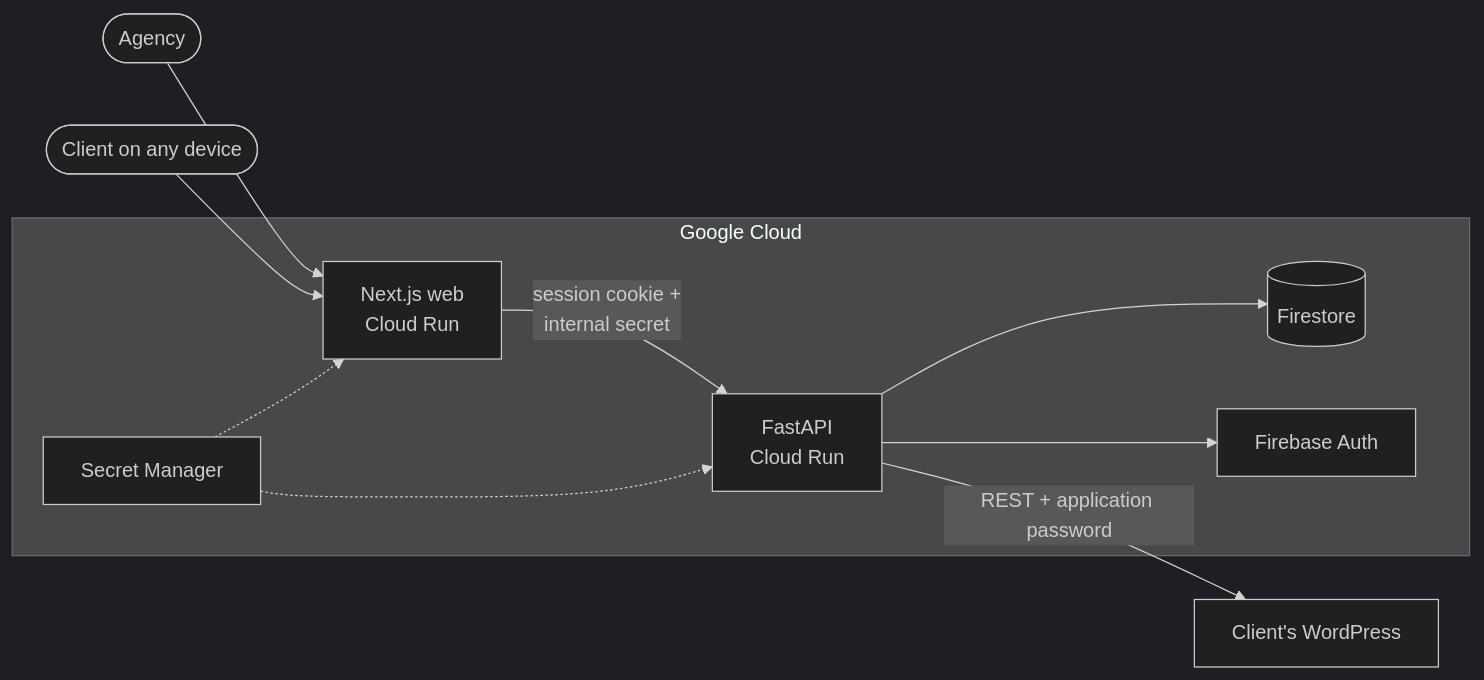
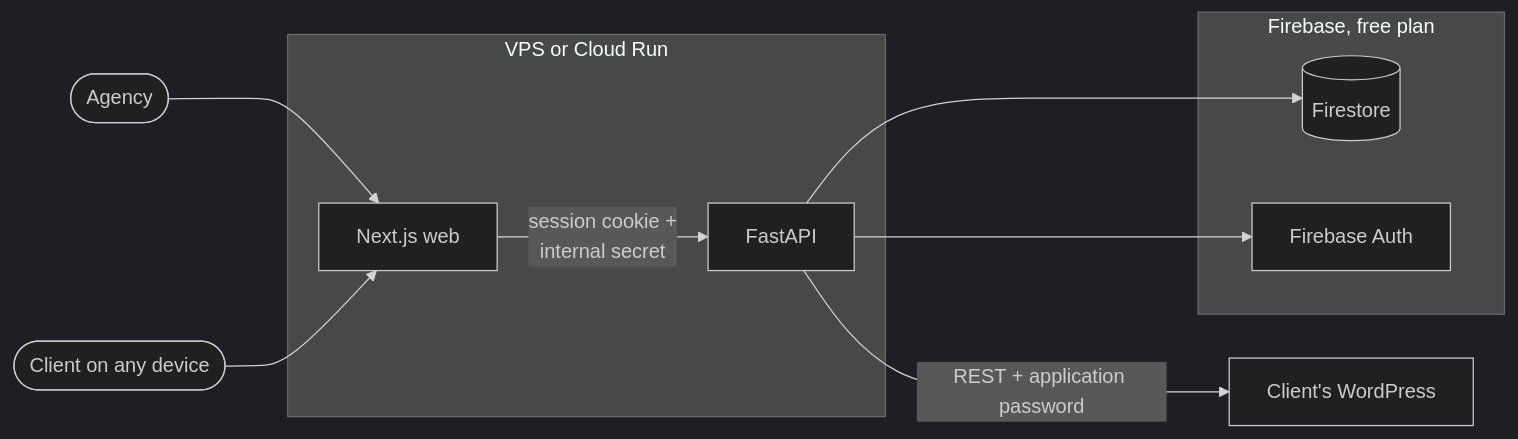
The second of 2 diagrams in README.md (ifindev/content-importer-adaptify), drawn with Mermaid (dark theme) before and after one commit. The commit also changed other lines of this file, not shown here.

First line of the commit message:
docs(readme): describe GCP and VPS deploys and the billing issue

````diff
--- a/README.md
+++ b/README.md
@@ -153,13 +154,15 @@
 ```mermaid
 flowchart LR
     Agency([Agency]) --> Web
     Client([Client on any device]) --> Web
-    subgraph GCP [Google Cloud]
-        Web["Next.js web<br/>Cloud Run"] -->|session cookie +<br/>internal secret| API["FastAPI<br/>Cloud Run"]
-        API --> FS[(Firestore)]
-        API --> Auth[Firebase Auth]
-        SM[Secret Manager] -.-> API
-        SM -.-> Web
+    subgraph Host [VPS or Cloud Run]
+        Web["Next.js web"] -->|session cookie +<br/>internal secret| API["FastAPI"]
     end
+    subgraph Firebase [Firebase, free plan]
+        FS[(Firestore)]
+        Auth[Firebase Auth]
+    end
+    API --> FS
+    API --> Auth
     API -->|REST + application password| WP["Client's WordPress"]
 ```
````
